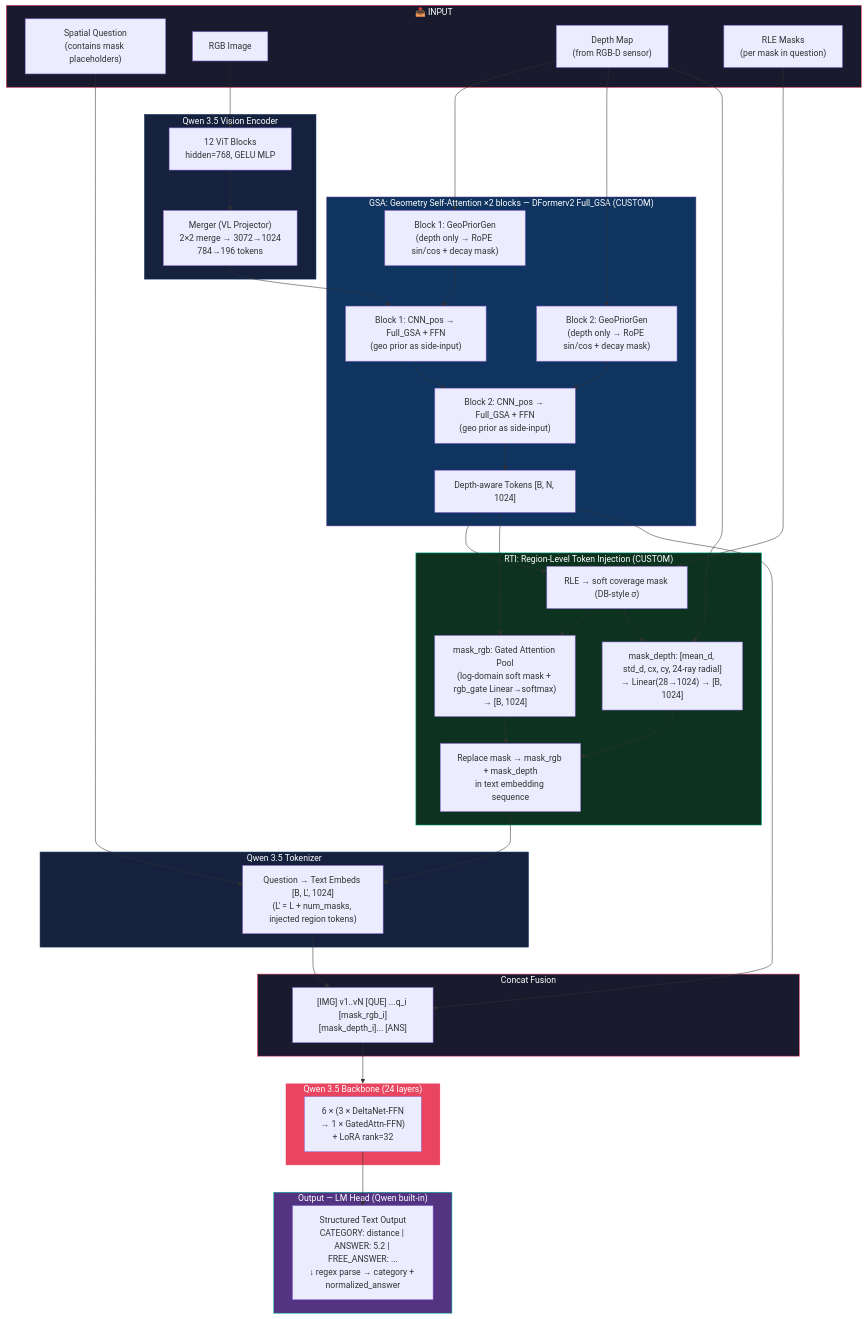
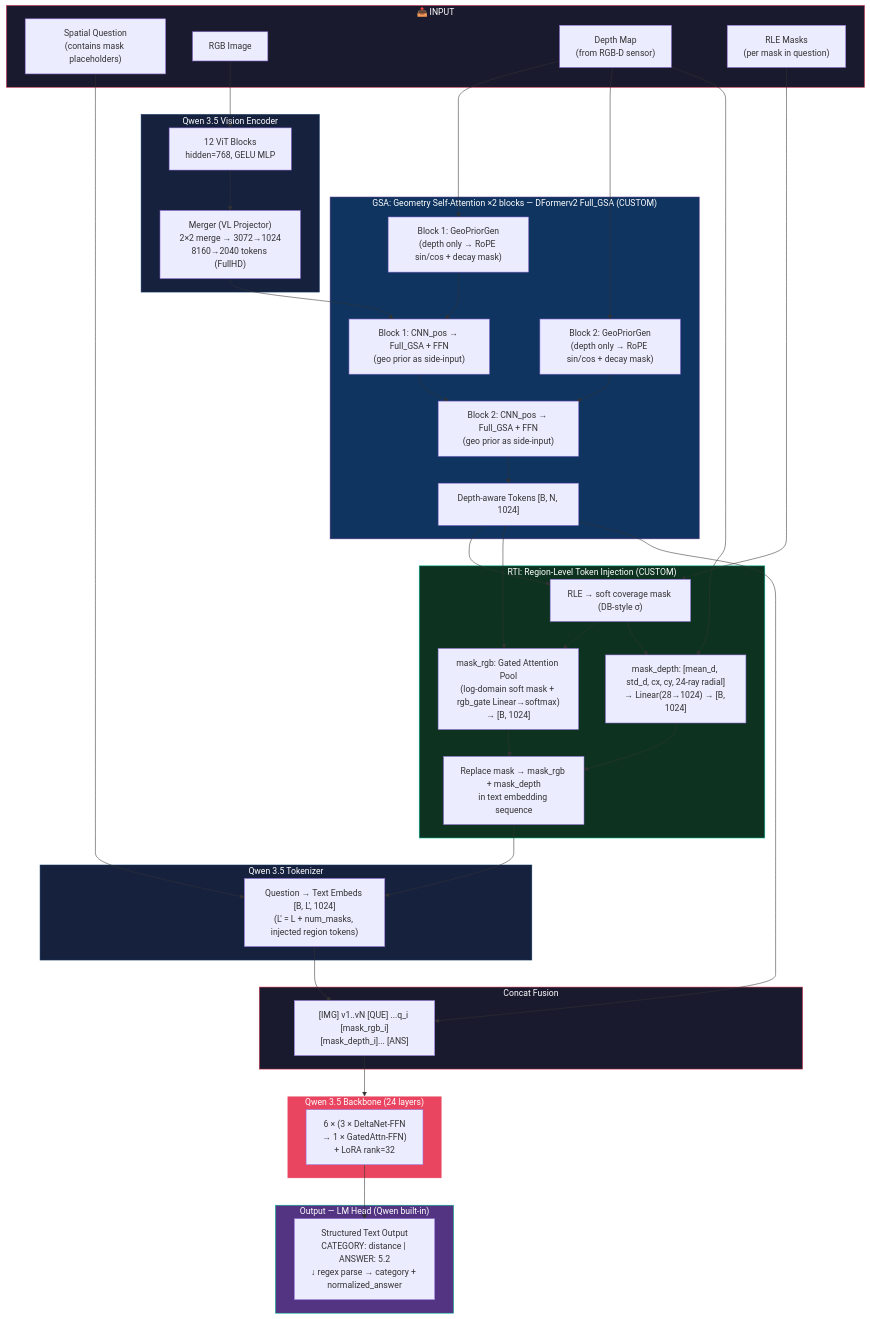
Before and after one commit to ZenHKD/Thesis: the diagram in model/architecture.md, drawn with Mermaid. The commit also changed other lines of this file, not shown here.

Commit message:
Fix size of output after merger, remove quantize strategy

````diff
--- a/model/architecture.md
+++ b/model/architecture.md
@@ -82,76 +82,76 @@
 ```mermaid
 flowchart TB
     subgraph INPUT["📥 INPUT"]
         Q["Spatial Question\n(contains mask placeholders)"]
         RGB["RGB Image"]
         D["Depth Map\n(from RGB-D sensor)"]
         RLE["RLE Masks\n(per mask in question)"]
     end
 
     subgraph QWEN_VE["Qwen 3.5 Vision Encoder"]
         VE["12 ViT Blocks\nhidden=768, GELU MLP"]
-        MG["Merger (VL Projector)\n2×2 merge → 3072→1024\n784→196 tokens"]
+        MG["Merger (VL Projector)\n2×2 merge → 3072→1024\n8160→2040 tokens (FullHD)"]
         VE --> MG
     end
 
     subgraph GSA["GSA: Geometry Self-Attention ×2 blocks — DFormerv2 Full_GSA (CUSTOM)"]
         GP1["Block 1: GeoPriorGen\n(depth only → RoPE sin/cos + decay mask)"]
         FGSA1["Block 1: CNN_pos → Full_GSA + FFN\n(geo prior as side-input)"]
         GP2["Block 2: GeoPriorGen\n(depth only → RoPE sin/cos + decay mask)"]
         FGSA2["Block 2: CNN_pos → Full_GSA + FFN\n(geo prior as side-input)"]
         GSA_OUT["Depth-aware Tokens [B, N, 1024]"]
         FGSA1 --> FGSA2 --> GSA_OUT
         GP1 --> FGSA1
         GP2 --> FGSA2
     end
 
     subgraph RTI["RTI: Region-Level Token Injection (CUSTOM)"]
         RTI_IN["RLE → soft coverage mask (DB-style σ)"]
         RGB_TOK["mask_rgb: Gated Attention Pool\n(log-domain soft mask + rgb_gate Linear→softmax)\n→ [B, 1024]"]
         DEP_TOK["mask_depth: [mean_d, std_d, cx, cy, 24-ray radial]\n→ Linear(28→1024) → [B, 1024]"]
         RTI_OUT["Replace mask → mask_rgb + mask_depth\nin text embedding sequence"]
         RTI_IN --> RGB_TOK & DEP_TOK --> RTI_OUT
     end
 
     subgraph QWEN_TOK["Qwen 3.5 Tokenizer"]
         TOK["Question → Text Embeds [B, L', 1024]\n(L' = L + num_masks, injected region tokens)"]
     end
 
     subgraph FUSION["Concat Fusion"]
         CONCAT["[IMG] v1..vN [QUE] ...q_i [mask_rgb_i][mask_depth_i]... [ANS]"]
     end
 
     subgraph BACKBONE["Qwen 3.5 Backbone (24 layers)"]
         LAYERS["6 × (3 × DeltaNet-FFN\n→ 1 × GatedAttn-FFN)\n+ LoRA rank=32"]
     end
 
     subgraph OUT["Output — LM Head (Qwen built-in)"]
-        ANS["Structured Text Output\nCATEGORY: distance | ANSWER: 5.2 | FREE_ANSWER: ...\n↓ regex parse → category + normalized_answer"]
+        ANS["Structured Text Output\nCATEGORY: distance | ANSWER: 5.2\n↓ regex parse → category + normalized_answer"]
     end
 
     RGB --> VE
     MG --> FGSA1
     D --> GP1
     D --> GP2
     RLE --> RTI_IN
     GSA_OUT --> RTI_IN
     GSA_OUT --> RGB_TOK
     D --> DEP_TOK
     Q --> TOK
     RTI_OUT --> TOK
 
     GSA_OUT --> CONCAT
     TOK --> CONCAT
 
     CONCAT --> BACKBONE
     LAYERS --> ANS
 
     style INPUT fill:#1a1a2e,stroke:#e94560,color:#fff
     style QWEN_VE fill:#16213e,stroke:#0f3460,color:#fff
     style GSA fill:#0f3460,stroke:#533483,color:#fff
     style RTI fill:#0d3320,stroke:#00b894,color:#fff
     style QWEN_TOK fill:#16213e,stroke:#0f3460,color:#fff
     style FUSION fill:#1a1a2e,stroke:#e94560,color:#fff
     style BACKBONE fill:#e94560,stroke:#fff,color:#fff
     style OUT fill:#533483,stroke:#00b894,color:#fff
 ```
````
